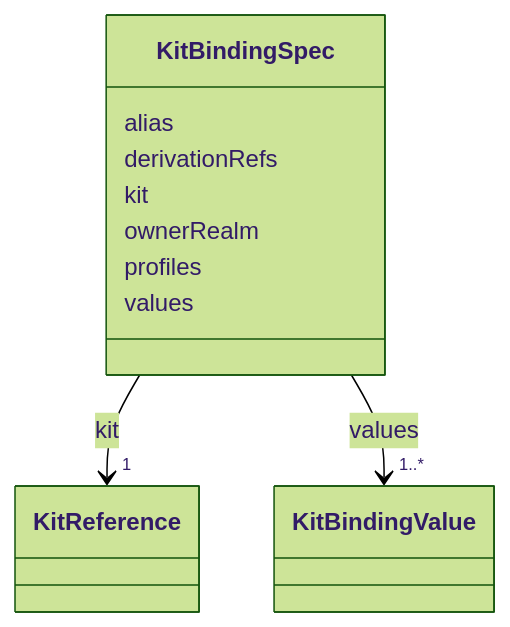
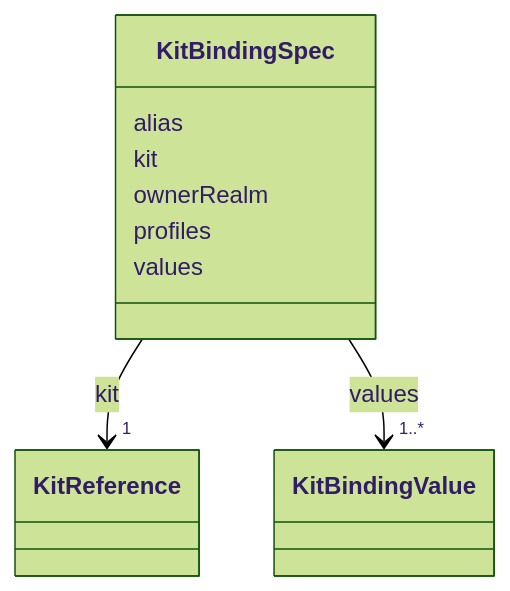
Before and after one commit to open4good/jumo-core: the diagram in metamodel/generated/docs/KitBindingSpec.md, drawn with Mermaid (forest theme). The commit also changed other lines of this file and 19 other files, not shown here.

````diff
--- a/metamodel/generated/docs/KitBindingSpec.md
+++ b/metamodel/generated/docs/KitBindingSpec.md
@@ -18,36 +18,34 @@
 ```mermaid
  classDiagram
     class KitBindingSpec
     click KitBindingSpec href "../KitBindingSpec/"
       KitBindingSpec : alias
-
-      KitBindingSpec : derivationRefs
 
       KitBindingSpec : kit
 
 
 
 
 
         KitBindingSpec --> "1" KitReference : kit
         click KitReference href "../KitReference/"
 
 
 
       KitBindingSpec : ownerRealm
 
       KitBindingSpec : profiles
 
       KitBindingSpec : values
 
 
 
 
 
         KitBindingSpec --> "1..*" KitBindingValue : values
         click KitBindingValue href "../KitBindingValue/"
 
 
 
 
 ```
````
